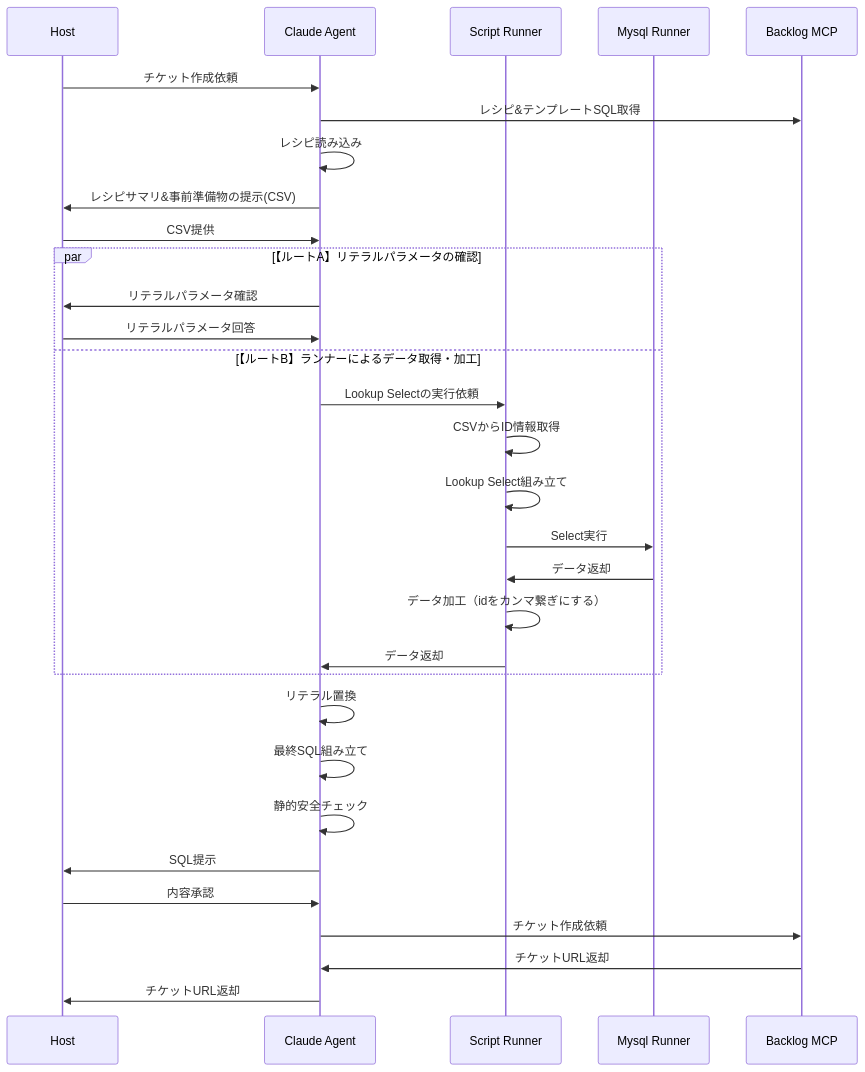
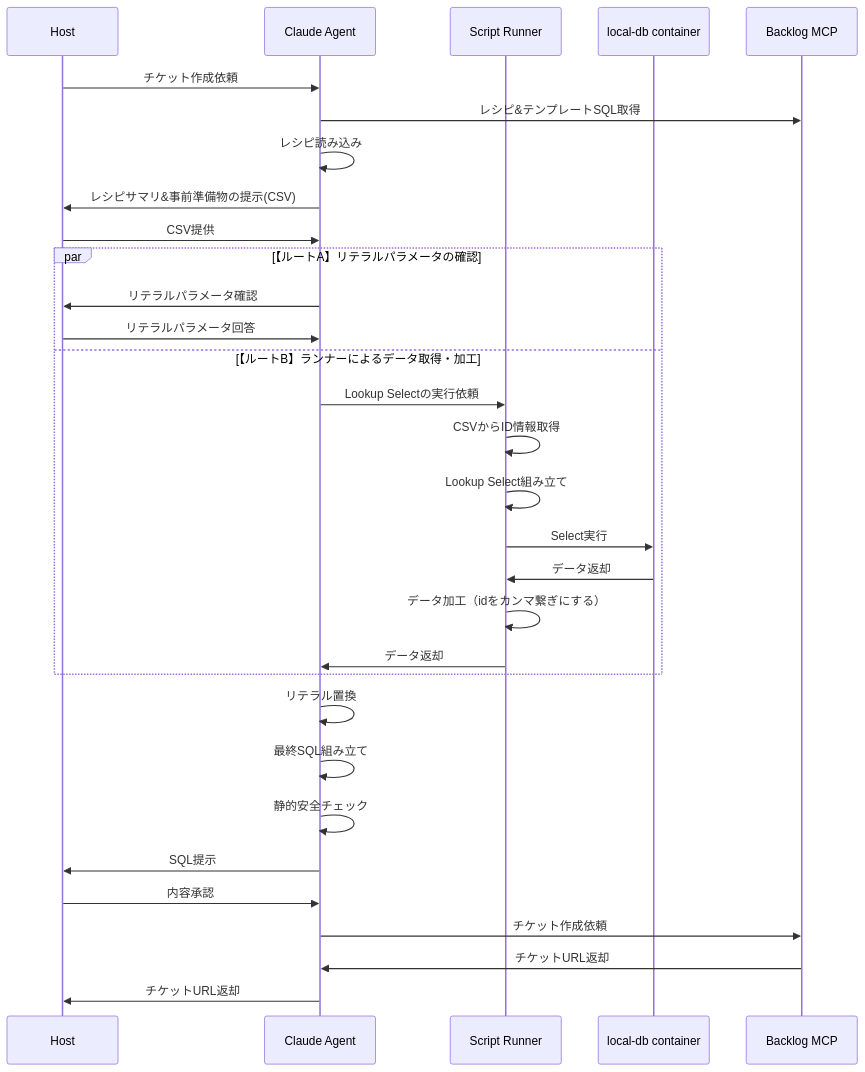
The third of 3 diagrams in doc/operation-pattern-example.md (r-miyashita/ops-recipe-runner), drawn with Mermaid before and after one commit. The commit also changed other lines of this file and 4 other files, not shown here.

````diff
--- a/doc/operation-pattern-example.md
+++ b/doc/operation-pattern-example.md
@@ -315,40 +315,40 @@
 ```mermaid
 sequenceDiagram
     participant host as Host
     participant agent as Claude Agent
     participant runner as Script Runner
-    participant mysql as Mysql Runner
+    participant mysql as local-db container
     participant bMcp as Backlog MCP
 
     %% --- 事前準備（直列処理） ---
     host->>agent: チケット作成依頼
     agent->>bMcp: レシピ&テンプレートSQL取得
     agent->>agent: レシピ読み込み
     agent->>host: レシピサマリ&事前準備物の提示(CSV)
     host->>agent: CSV提供
 
     %% --- 独立した手続き（並列処理） ---
     par 【ルートA】リテラルパラメータの確認
         agent->>host: リテラルパラメータ確認
         host->>agent: リテラルパラメータ回答
     and 【ルートB】ランナーによるデータ取得・加工
         agent->>runner: Lookup Selectの実行依頼
         runner->>runner: CSVからID情報取得
         runner->>runner: Lookup Select組み立て
         runner->>mysql: Select実行
         mysql->>runner: データ返却
         runner->>runner: データ加工（idをカンマ繋ぎにする）
         runner->>agent: データ返却
     end
 
     %% --- 最終処理（直列処理に戻る） ---
     agent->>agent: リテラル置換
     agent->>agent: 最終SQL組み立て
     agent->>agent: 静的安全チェック
     agent->>host: SQL提示
     host->>agent: 内容承認
     agent->>bMcp: チケット作成依頼
     bMcp->>agent: チケットURL返却
     agent->>host: チケットURL返却
 
 ```
````
